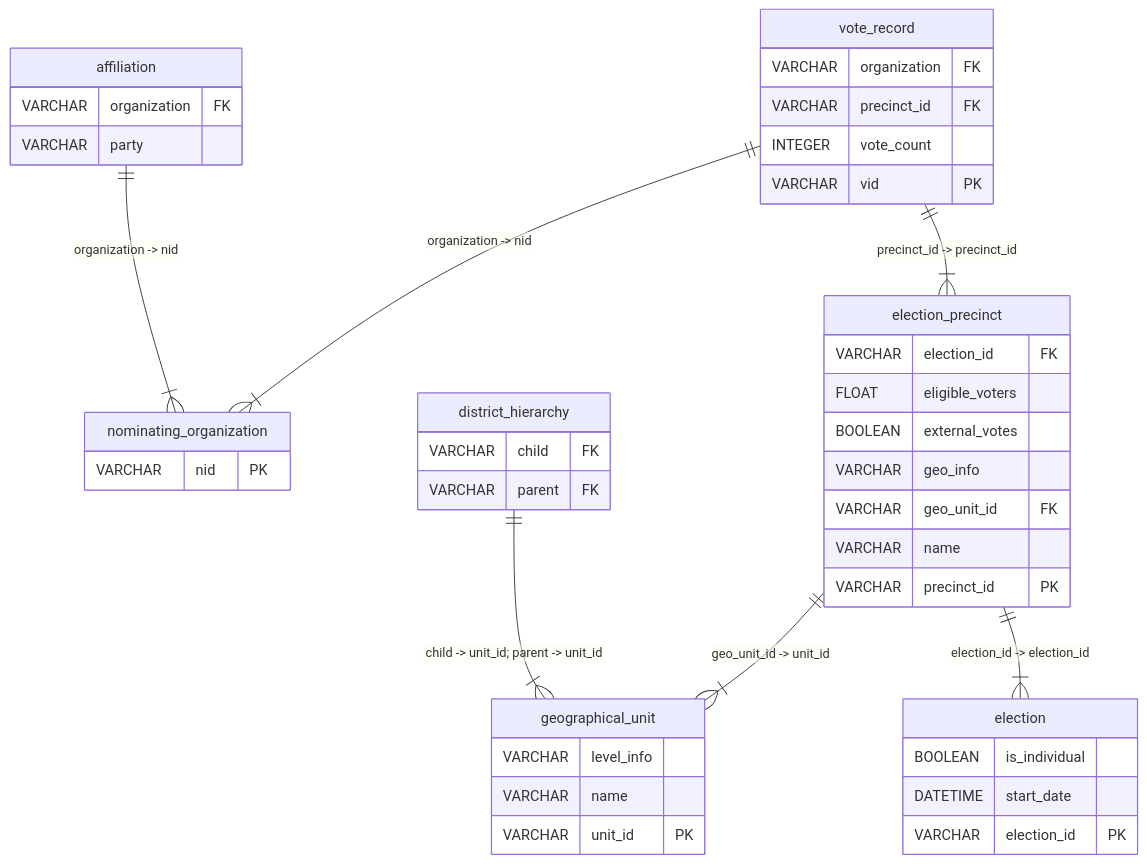
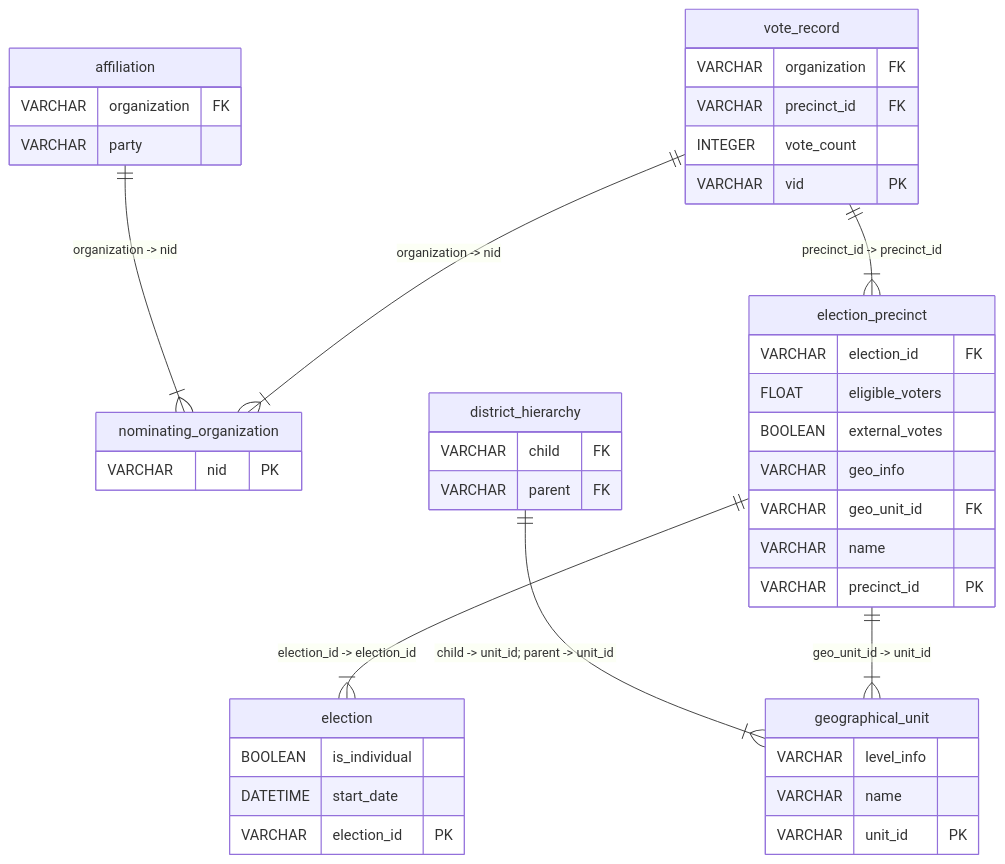
Before and after one commit to papsebestyen/explorer: the diagram in _sources/dataset-pages/hungarian_elections.md, drawn with Mermaid. The commit also changed other lines of this file and 28 other files, not shown here.

````diff
--- a/_sources/dataset-pages/hungarian_elections.md
+++ b/_sources/dataset-pages/hungarian_elections.md
@@ -22,45 +22,45 @@
 ```{mermaid}
 erDiagram
   affiliation {    
     VARCHAR organization FK     
     VARCHAR party  
   }
   nominating_organization {    
     VARCHAR nid PK 
   }
   district_hierarchy {    
     VARCHAR child FK     
     VARCHAR parent FK 
   }
   geographical_unit {    
     VARCHAR level_info      
     VARCHAR name      
     VARCHAR unit_id PK 
   }
   election {    
     BOOLEAN is_individual      
     DATETIME start_date      
     VARCHAR election_id PK 
   }
   election_precinct {    
     VARCHAR election_id FK     
     FLOAT eligible_voters      
     BOOLEAN external_votes      
     VARCHAR geo_info      
     VARCHAR geo_unit_id FK     
     VARCHAR name      
     VARCHAR precinct_id PK 
   }
   vote_record {    
     VARCHAR organization FK     
     VARCHAR precinct_id FK     
     INTEGER vote_count      
     VARCHAR vid PK 
   }
   affiliation ||--|{ nominating_organization : "organization -> nid"
   district_hierarchy ||--|{ geographical_unit : "child -> unit_id; parent -> unit_id"
+  election_precinct ||--|{ election : "election_id -> election_id"
   election_precinct ||--|{ geographical_unit : "geo_unit_id -> unit_id"
-  election_precinct ||--|{ election : "election_id -> election_id"
   vote_record ||--|{ nominating_organization : "organization -> nid"
   vote_record ||--|{ election_precinct : "precinct_id -> precinct_id"
 ```
````
